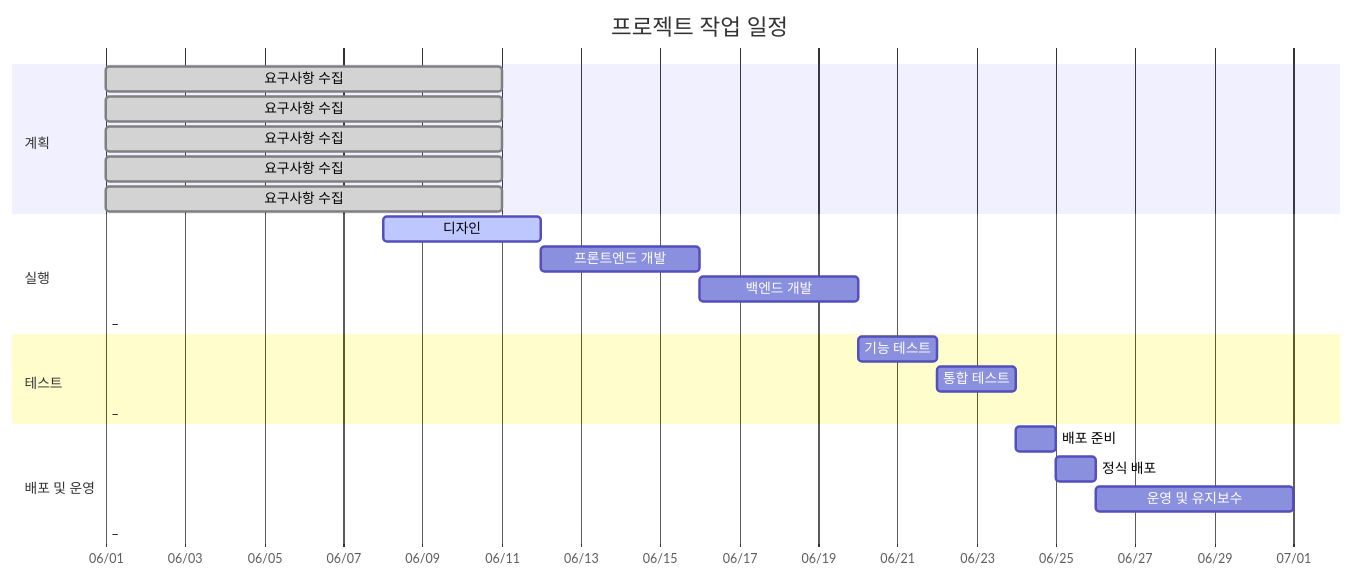
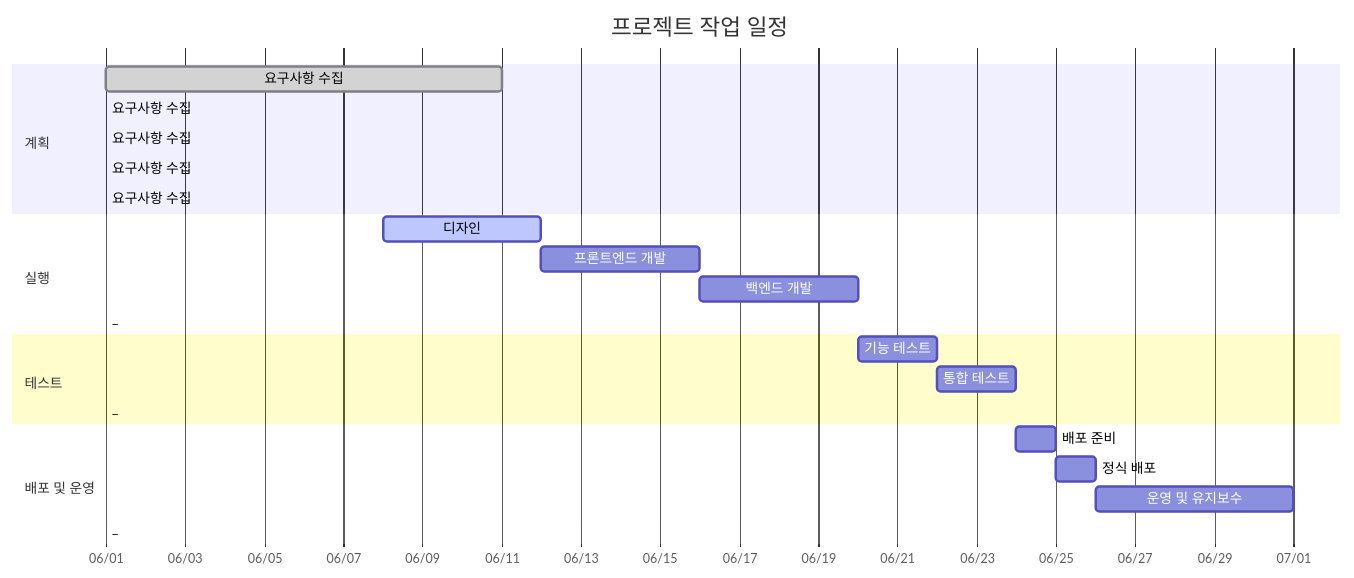
Before and after one commit to RAILWAY-2025/RAILWAY_FRONT: the diagram in README.md, drawn with Mermaid.

````diff
--- a/README.md
+++ b/README.md
@@ -5,31 +5,31 @@
 ```mermaid
 gantt
 title 프로젝트 작업 일정
 dateFormat YYYY-MM-DD
 axisFormat %m/%d
 %% 화면에 꽉 차 보이도록 섹션을 충분히 배치
 
 section 계획
 요구사항 수집       :done,    a1, 2025-06-01, 10d
-요구사항 수집       :done,    a1, 2025-06-01, 10d
-요구사항 수집       :done,    a1, 2025-06-01, 10d
-요구사항 수집       :done,    a1, 2025-06-01, 10d
-요구사항 수집       :done,    a1, 2025-06-01, 10d
+요구사항 수집       :done,    a1, 2025-06-01, 0d
+요구사항 수집       :done,    a1, 2025-06-01, 0d
+요구사항 수집       :done,    a1, 2025-06-01, 0d
+요구사항 수집       :done,    a1, 2025-06-01, 0d
 
 section 실행
 디자인              :active,  a3, 2025-06-08, 4d
 프론트엔드 개발       :         a4, 2025-06-12, 4d
 백엔드 개발          :         a5, 2025-06-16, 4d
  _           :done,    dummy2, 2025-06-01, 0d
 
 section 테스트
 기능 테스트          :         a6, 2025-06-20, 2d
 통합 테스트          :         a7, 2025-06-22, 2d
 _            :done,    dummy3, 2025-06-01, 0d
 
 section 배포 및 운영
 배포 준비            :         a8, 2025-06-24, 1d
 정식 배포            :         a9, 2025-06-25, 1d
 운영 및 유지보수     :         a10, 2025-06-26, 5d
  _          :done,    dummy4, 2025-06-01, 0d
 ```
````
